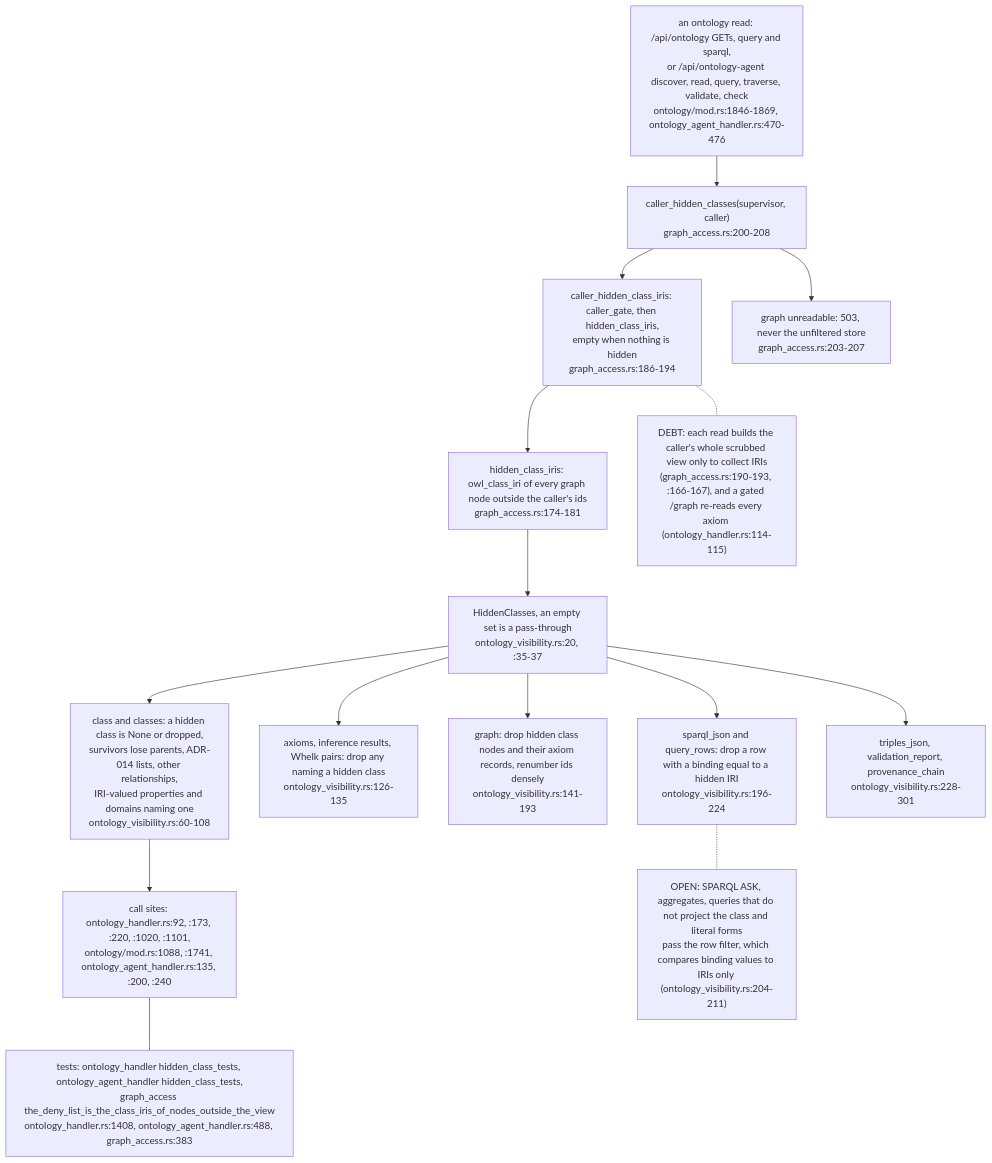
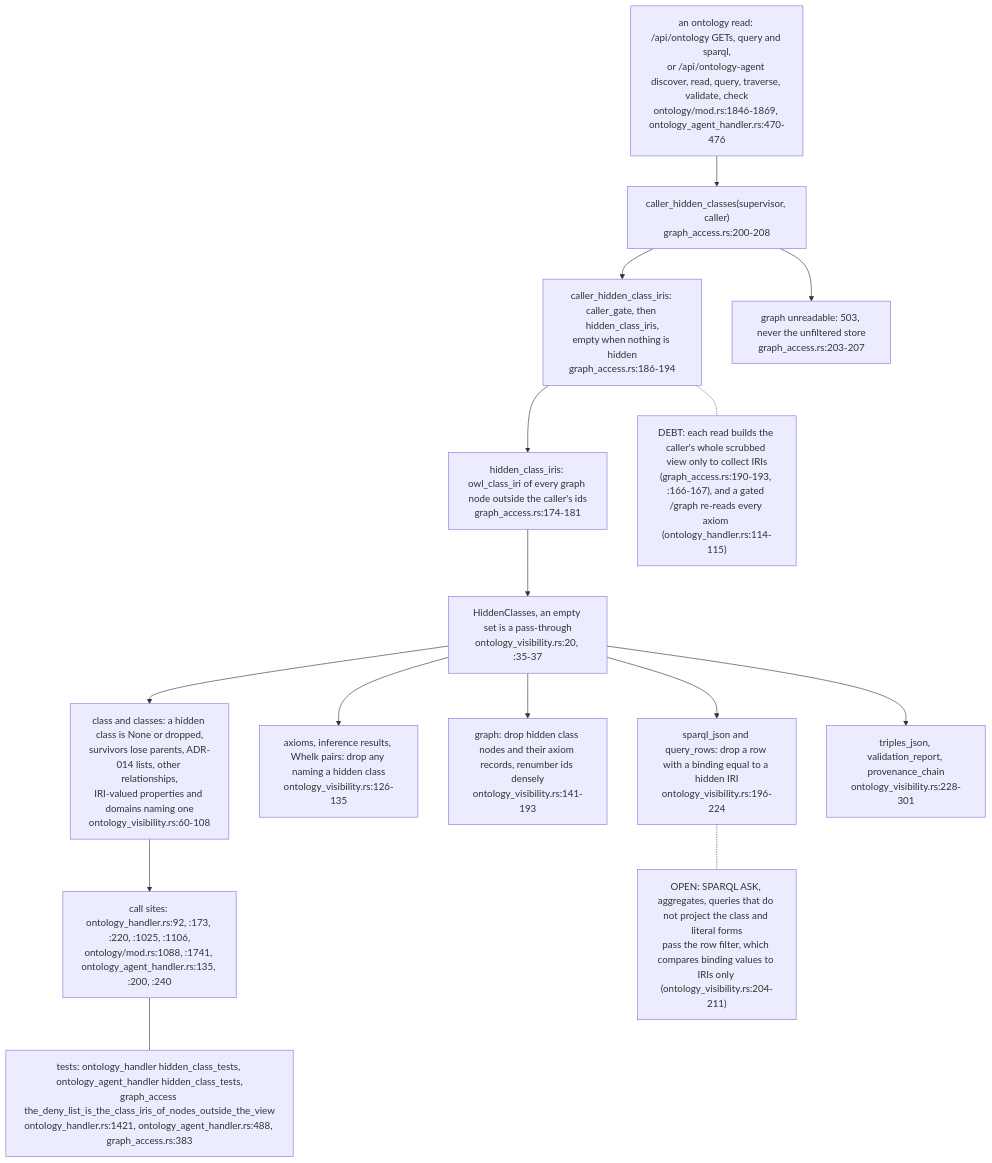
One commit to DreamLab-AI/VisionFlow changed the seventh of 7 diagrams in docs/diagrams/visionclaw/19-visibility-gate-and-metadata-scrub.md. Above: the diagram before and after it, drawn with Mermaid. The commit also changed other lines of this file and 81 other files, not shown here.

First line of the commit message:
docs(diagrams): roll VisionClaw topics to main 010e1109b (PR 37 and 38 merged); fix remaining prose citations

````diff
--- a/docs/diagrams/visionclaw/19-visibility-gate-and-metadata-scrub.md
+++ b/docs/diagrams/visionclaw/19-visibility-gate-and-metadata-scrub.md
@@ -285,20 +285,20 @@
 ```mermaid
 flowchart TB
     REQ["an ontology read: /api/ontology GETs, query and sparql,<br/>or /api/ontology-agent discover, read, query, traverse, validate, check<br/>ontology/mod.rs:1846-1869, ontology_agent_handler.rs:470-476"] --> CHC
     CHC["caller_hidden_classes(supervisor, caller)<br/>graph_access.rs:200-208"] --> CHI["caller_hidden_class_iris: caller_gate, then hidden_class_iris,<br/>empty when nothing is hidden<br/>graph_access.rs:186-194"]
     CHI --> HCI["hidden_class_iris: owl_class_iri of every graph node outside the caller's ids<br/>graph_access.rs:174-181"]
     CHC --> F503["graph unreadable: 503, never the unfiltered store<br/>graph_access.rs:203-207"]
     HCI --> HC["HiddenClasses, an empty set is a pass-through<br/>ontology_visibility.rs:20, :35-37"]
     HC --> SC["class and classes: a hidden class is None or dropped,<br/>survivors lose parents, ADR-014 lists, other relationships,<br/>IRI-valued properties and domains naming one<br/>ontology_visibility.rs:60-108"]
     HC --> AX["axioms, inference results, Whelk pairs: drop any naming a hidden class<br/>ontology_visibility.rs:126-135"]
     HC --> GR["graph: drop hidden class nodes and their axiom records, renumber ids densely<br/>ontology_visibility.rs:141-193"]
     HC --> SP["sparql_json and query_rows: drop a row with a binding equal to a hidden IRI<br/>ontology_visibility.rs:196-224"]
     HC --> TR["triples_json, validation_report, provenance_chain<br/>ontology_visibility.rs:228-301"]
-    SC --> USE["call sites: ontology_handler.rs:92, :173, :220, :1020, :1101,<br/>ontology/mod.rs:1088, :1741, ontology_agent_handler.rs:135, :200, :240"]
-    T["tests: ontology_handler hidden_class_tests, ontology_agent_handler hidden_class_tests,<br/>graph_access the_deny_list_is_the_class_iris_of_nodes_outside_the_view<br/>ontology_handler.rs:1408, ontology_agent_handler.rs:488, graph_access.rs:383"]
+    SC --> USE["call sites: ontology_handler.rs:92, :173, :220, :1025, :1106,<br/>ontology/mod.rs:1088, :1741, ontology_agent_handler.rs:135, :200, :240"]
+    T["tests: ontology_handler hidden_class_tests, ontology_agent_handler hidden_class_tests,<br/>graph_access the_deny_list_is_the_class_iris_of_nodes_outside_the_view<br/>ontology_handler.rs:1421, ontology_agent_handler.rs:488, graph_access.rs:383"]
     USE --- T
     RES["OPEN: SPARQL ASK, aggregates, queries that do not project the class and literal forms<br/>pass the row filter, which compares binding values to IRIs only (ontology_visibility.rs:204-211)"]
     SP -.- RES
     COST["DEBT: each read builds the caller's whole scrubbed view only to collect IRIs<br/>(graph_access.rs:190-193, :166-167), and a gated /graph re-reads every axiom (ontology_handler.rs:114-115)"]
     CHI -.- COST
 ```
````
